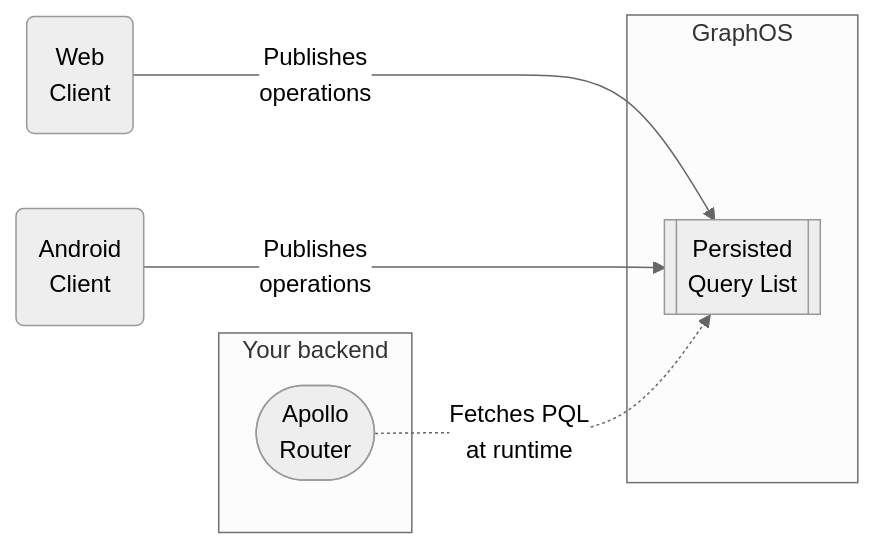
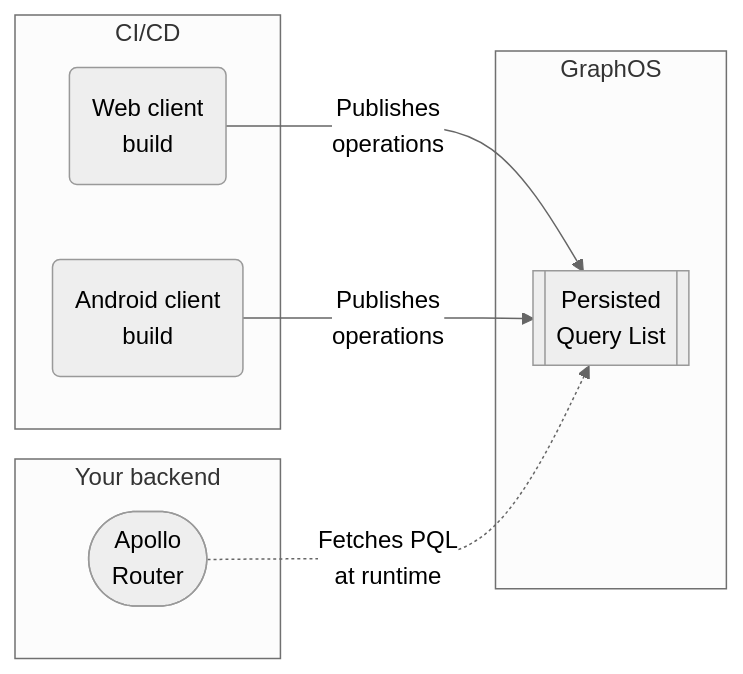
The diagram in src/content/graphos/basics/routing/persisted-queries.mdx (apollographql/docs), drawn with Mermaid (neutral theme) before and after one commit. The commit also changed other lines of this file and 1 other file, not shown here.

````diff
--- a/src/content/graphos/basics/routing/persisted-queries.mdx
+++ b/src/content/graphos/basics/routing/persisted-queries.mdx
@@ -16,18 +16,19 @@
 ```mermaid
 graph LR;
 
-  webClient("Web<br/>Client");
-  androidClient("Android<br/>Client");
-
+  subgraph "CI/CD"
+  webClient("Web client<br/>build");
+  androidClient("Android client<br/>build");
+  end
 
   subgraph "GraphOS"
   pql[[Persisted<br/>Query List]];
   end
   
   subgraph "Your backend"
   router(["Apollo<br/>Router"]);
   end
 
-  webClient & androidClient --->|Publishes<br/>operations|pql
+  webClient & androidClient -->|Publishes<br/>operations|pql
   router -.->|Fetches PQL<br/>at runtime|pql
 ```
````
